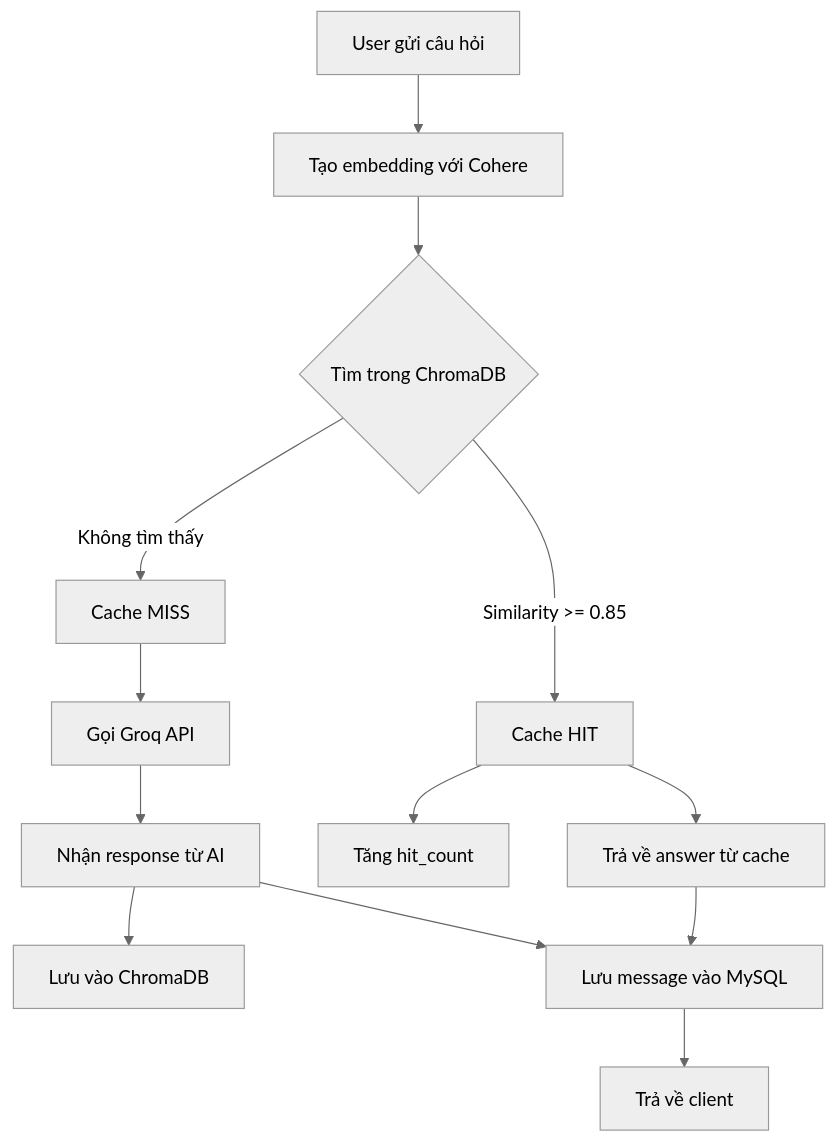
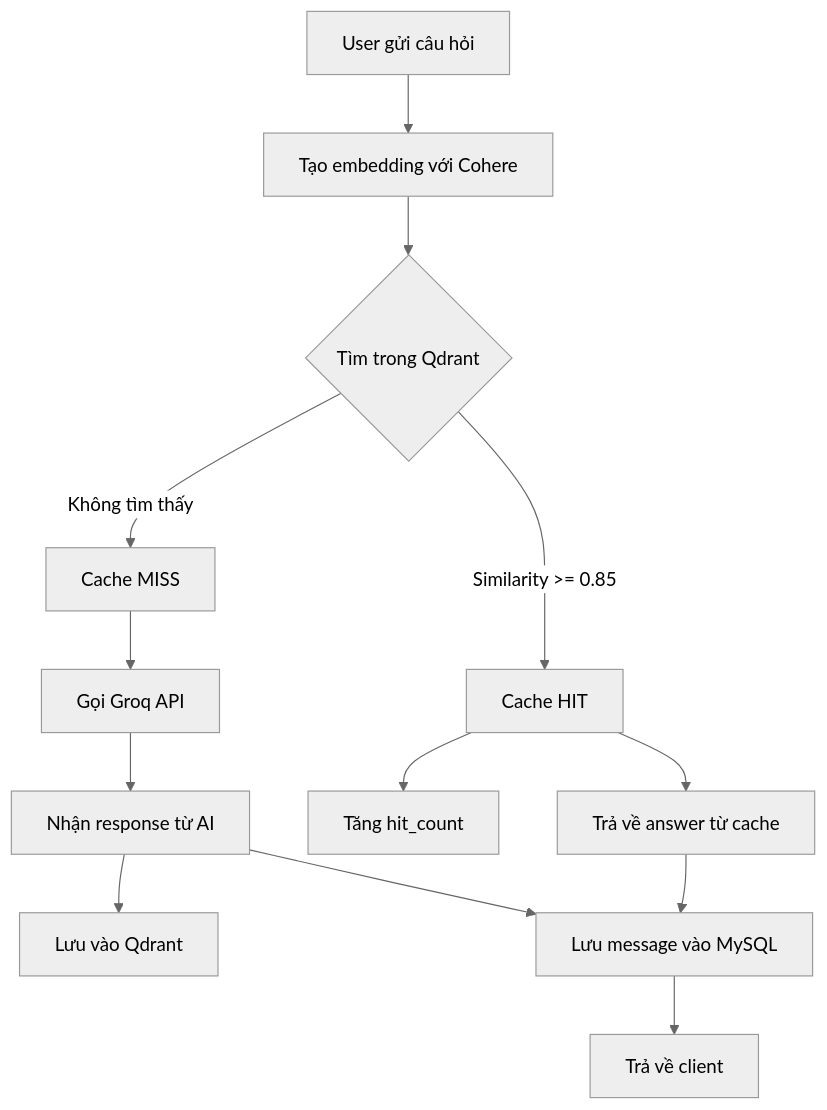
One commit to DangTrieeu/New_Tech_BE changed the diagram in AI_CHAT_GUIDE.md. Above: the diagram before and after it, drawn with Mermaid (neutral theme). The commit also changed other lines of this file and 9 other files, not shown here.

````diff
--- a/AI_CHAT_GUIDE.md
+++ b/AI_CHAT_GUIDE.md
@@ -255,15 +255,15 @@
 ```mermaid
 graph TD
     A[User gửi câu hỏi] --> B[Tạo embedding với Cohere]
-    B --> C{Tìm trong ChromaDB}
+    B --> C{Tìm trong Qdrant}
     C -->|Similarity >= 0.85| D[Cache HIT]
     C -->|Không tìm thấy| E[Cache MISS]
     D --> F[Trả về answer từ cache]
     D --> G[Tăng hit_count]
     E --> H[Gọi Groq API]
     H --> I[Nhận response từ AI]
-    I --> J[Lưu vào ChromaDB]
+    I --> J[Lưu vào Qdrant]
     F --> K[Lưu message vào MySQL]
     I --> K
     K --> L[Trả về client]
 ```
````
